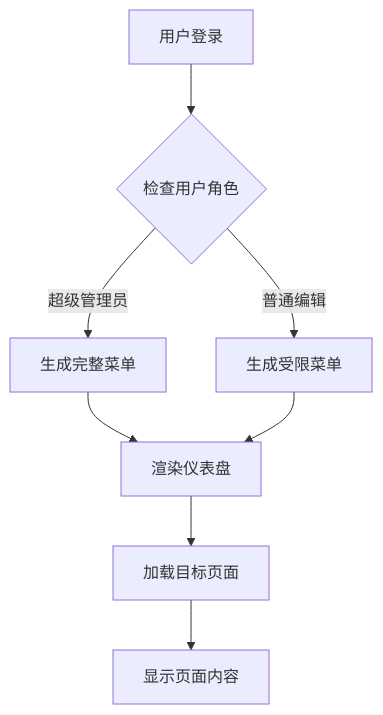
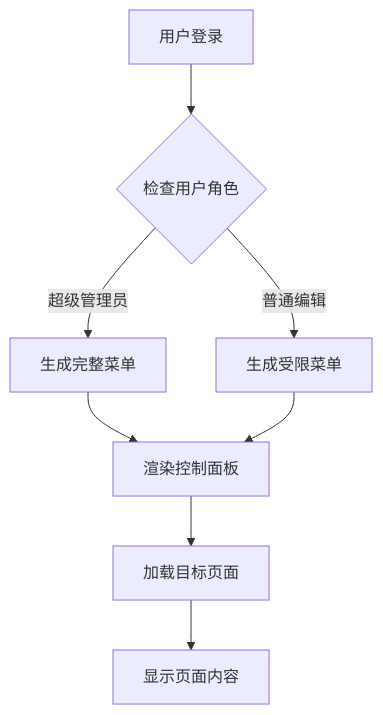
Before and after one commit to hx631580609-web/zsts-cms: the fifth of 10 diagrams in .qoder/repowiki/zh/content/管理后台系统/管理后台系统.md, drawn with Mermaid. The commit also changed other lines of this file and 11 other files, not shown here.

````diff
--- a/.qoder/repowiki/zh/content/管理后台系统/管理后台系统.md
+++ b/.qoder/repowiki/zh/content/管理后台系统/管理后台系统.md
@@ -167,10 +227,10 @@
 ```mermaid
 flowchart TD
 Start["用户登录"] --> CheckRole{"检查用户角色"}
 CheckRole --> |超级管理员| SuperMenu["生成完整菜单"]
 CheckRole --> |普通编辑| EditorMenu["生成受限菜单"]
-SuperMenu --> Render["渲染仪表盘"]
+SuperMenu --> Render["渲染控制面板"]
 EditorMenu --> Render
 Render --> LoadPage["加载目标页面"]
 LoadPage --> PageContent["显示页面内容"]
 ```
````
